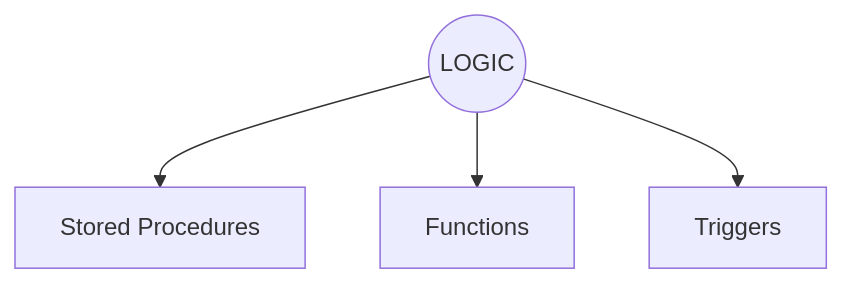
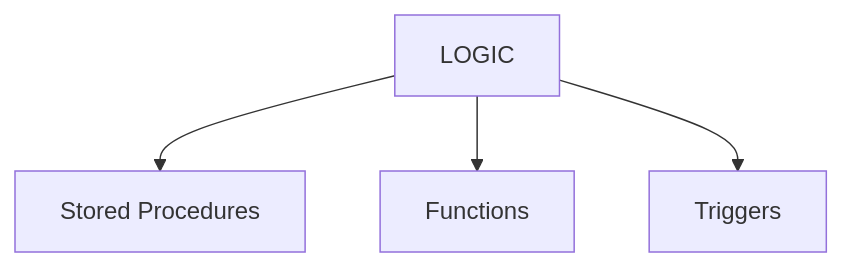
One commit to rraulherediaa/PracticasEstructurasDatos changed the ninth of 12 diagrams in README.md. Above: the diagram before and after it, drawn with Mermaid. The commit also changed other lines of this file, not shown here.

````diff
--- a/README.md
+++ b/README.md
@@ -93,5 +160,5 @@
 ```mermaid
 flowchart TD
-    Prog(("LOGIC"))
+    Prog["LOGIC"]
     Prog --> SP["Stored Procedures"] & UDF["Functions"] & TRG["Triggers"]
 ```
````
